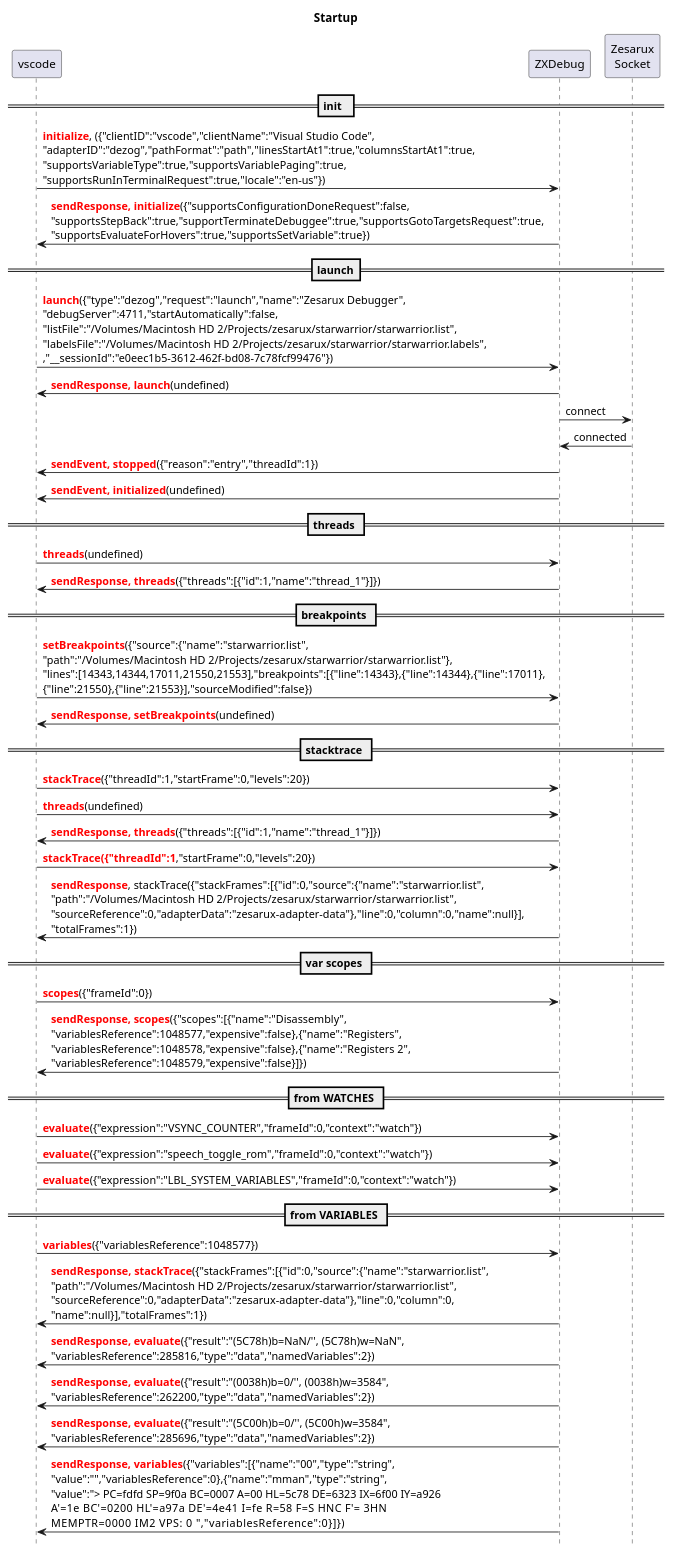
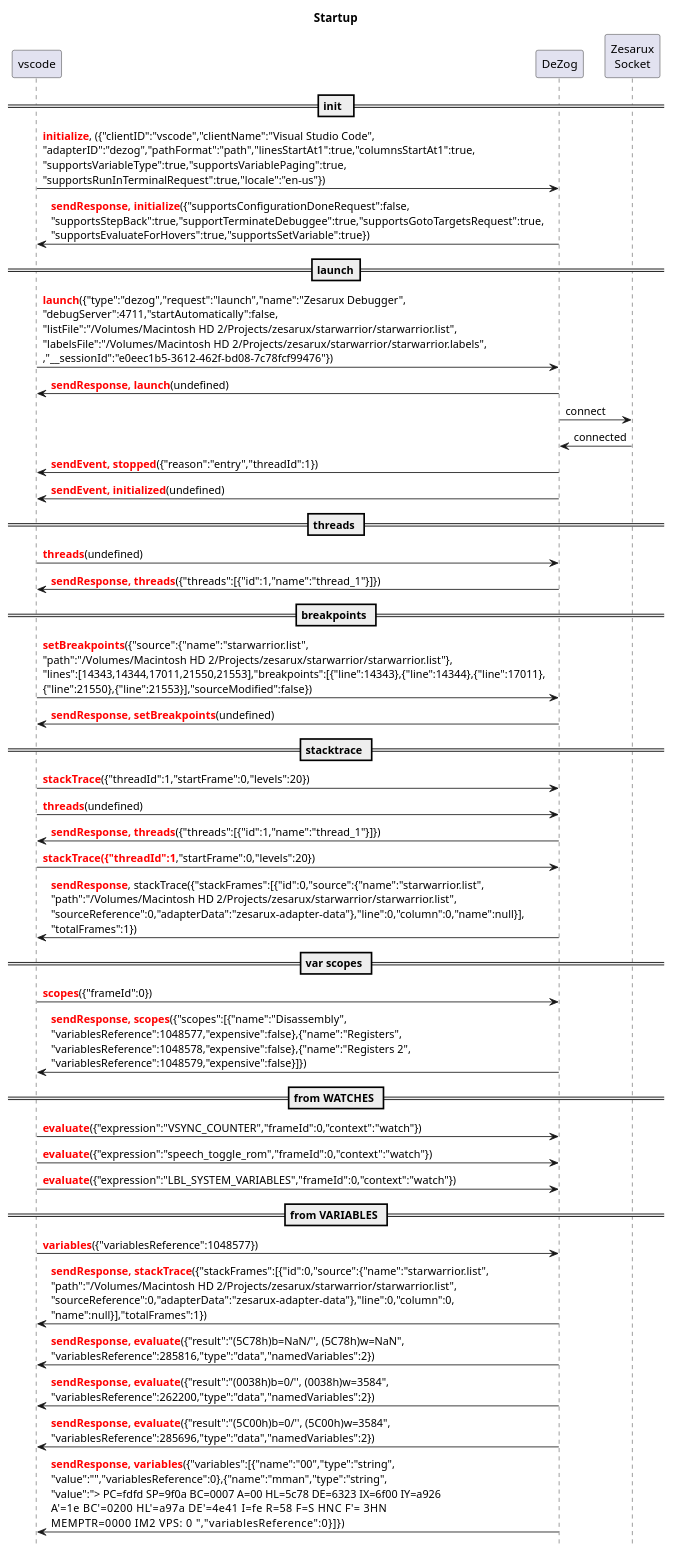
One commit to maziac/DeZog changed the diagram in design/startup.md. Above: the diagram before and after it, drawn with PlantUML. The commit also changed 4 other files, not shown here.

````diff
--- a/design/startup.md
+++ b/design/startup.md
@@ -7,59 +7,59 @@
 ```puml
 title Startup
 
 hide footbox
 
 
 participant vscode
-participant ZXDebug
+participant DeZog
 participant ZXSocket as "Zesarux\nSocket"
 
 == init  ==
-vscode -> ZXDebug: <font color=red><b>initialize</b></font>, ({"clientID":"vscode","clientName":"Visual Studio Code",\n"adapterID":"dezog","pathFormat":"path","linesStartAt1":true,"columnsStartAt1":true,\n"supportsVariableType":true,"supportsVariablePaging":true,\n"supportsRunInTerminalRequest":true,"locale":"en-us"})
-vscode <- ZXDebug: <font color=red><b>sendResponse, initialize</b></font>({"supportsConfigurationDoneRequest":false,\n"supportsStepBack":true,"supportTerminateDebuggee":true,"supportsGotoTargetsRequest":true,\n"supportsEvaluateForHovers":true,"supportsSetVariable":true})
+vscode -> DeZog: <font color=red><b>initialize</b></font>, ({"clientID":"vscode","clientName":"Visual Studio Code",\n"adapterID":"dezog","pathFormat":"path","linesStartAt1":true,"columnsStartAt1":true,\n"supportsVariableType":true,"supportsVariablePaging":true,\n"supportsRunInTerminalRequest":true,"locale":"en-us"})
+vscode <- DeZog: <font color=red><b>sendResponse, initialize</b></font>({"supportsConfigurationDoneRequest":false,\n"supportsStepBack":true,"supportTerminateDebuggee":true,"supportsGotoTargetsRequest":true,\n"supportsEvaluateForHovers":true,"supportsSetVariable":true})
 
 
 == launch==
-vscode -> ZXDebug: <font color=red><b>launch</b></font>({"type":"dezog","request":"launch","name":"Zesarux Debugger",\n"debugServer":4711,"startAutomatically":false,\n"listFile":"/Volumes/Macintosh HD 2/Projects/zesarux/starwarrior/starwarrior.list",\n"labelsFile":"/Volumes/Macintosh HD 2/Projects/zesarux/starwarrior/starwarrior.labels",\n,"__sessionId":"e0eec1b5-3612-462f-bd08-7c78fcf99476"})
-vscode <- ZXDebug: <font color=red><b>sendResponse, launch</b></font>(undefined)
-ZXSocket <- ZXDebug: connect
-ZXSocket -> ZXDebug: connected
-vscode <- ZXDebug: <font color=red><b>sendEvent, stopped</b></font>({"reason":"entry","threadId":1})
+vscode -> DeZog: <font color=red><b>launch</b></font>({"type":"dezog","request":"launch","name":"Zesarux Debugger",\n"debugServer":4711,"startAutomatically":false,\n"listFile":"/Volumes/Macintosh HD 2/Projects/zesarux/starwarrior/starwarrior.list",\n"labelsFile":"/Volumes/Macintosh HD 2/Projects/zesarux/starwarrior/starwarrior.labels",\n,"__sessionId":"e0eec1b5-3612-462f-bd08-7c78fcf99476"})
+vscode <- DeZog: <font color=red><b>sendResponse, launch</b></font>(undefined)
+ZXSocket <- DeZog: connect
+ZXSocket -> DeZog: connected
+vscode <- DeZog: <font color=red><b>sendEvent, stopped</b></font>({"reason":"entry","threadId":1})
 
-vscode <- ZXDebug: <font color=red><b>sendEvent, initialized</b></font>(undefined)
+vscode <- DeZog: <font color=red><b>sendEvent, initialized</b></font>(undefined)
 
 == threads ==
-vscode -> ZXDebug: <font color=red><b>threads</b></font>(undefined)
-vscode <- ZXDebug: <font color=red><b>sendResponse, threads</b></font>({"threads":[{"id":1,"name":"thread_1"}]})
+vscode -> DeZog: <font color=red><b>threads</b></font>(undefined)
+vscode <- DeZog: <font color=red><b>sendResponse, threads</b></font>({"threads":[{"id":1,"name":"thread_1"}]})
 
 == breakpoints ==
-vscode -> ZXDebug: <font color=red><b>setBreakpoints</b></font>({"source":{"name":"starwarrior.list",\n"path":"/Volumes/Macintosh HD 2/Projects/zesarux/starwarrior/starwarrior.list"},\n"lines":[14343,14344,17011,21550,21553],"breakpoints":[{"line":14343},{"line":14344},{"line":17011},\n{"line":21550},{"line":21553}],"sourceModified":false})
-vscode <- ZXDebug: <font color=red><b>sendResponse, setBreakpoints</b></font>(undefined)
+vscode -> DeZog: <font color=red><b>setBreakpoints</b></font>({"source":{"name":"starwarrior.list",\n"path":"/Volumes/Macintosh HD 2/Projects/zesarux/starwarrior/starwarrior.list"},\n"lines":[14343,14344,17011,21550,21553],"breakpoints":[{"line":14343},{"line":14344},{"line":17011},\n{"line":21550},{"line":21553}],"sourceModified":false})
+vscode <- DeZog: <font color=red><b>sendResponse, setBreakpoints</b></font>(undefined)
 
 == stacktrace ==
-vscode -> ZXDebug: <font color=red><b>stackTrace</b></font>({"threadId":1,"startFrame":0,"levels":20})
-vscode -> ZXDebug: <font color=red><b>threads</b></font>(undefined)
-vscode <- ZXDebug: <font color=red><b>sendResponse, threads</b></font>({"threads":[{"id":1,"name":"thread_1"}]})
-vscode -> ZXDebug: <font color=red><b>stackTrace({"threadId":1</b></font>,"startFrame":0,"levels":20})
-vscode <- ZXDebug: <font color=red><b>sendResponse</b></font>, stackTrace({"stackFrames":[{"id":0,"source":{"name":"starwarrior.list",\n"path":"/Volumes/Macintosh HD 2/Projects/zesarux/starwarrior/starwarrior.list",\n"sourceReference":0,"adapterData":"zesarux-adapter-data"},"line":0,"column":0,"name":null}],\n"totalFrames":1})
+vscode -> DeZog: <font color=red><b>stackTrace</b></font>({"threadId":1,"startFrame":0,"levels":20})
+vscode -> DeZog: <font color=red><b>threads</b></font>(undefined)
+vscode <- DeZog: <font color=red><b>sendResponse, threads</b></font>({"threads":[{"id":1,"name":"thread_1"}]})
+vscode -> DeZog: <font color=red><b>stackTrace({"threadId":1</b></font>,"startFrame":0,"levels":20})
+vscode <- DeZog: <font color=red><b>sendResponse</b></font>, stackTrace({"stackFrames":[{"id":0,"source":{"name":"starwarrior.list",\n"path":"/Volumes/Macintosh HD 2/Projects/zesarux/starwarrior/starwarrior.list",\n"sourceReference":0,"adapterData":"zesarux-adapter-data"},"line":0,"column":0,"name":null}],\n"totalFrames":1})
 
 == var scopes ==
-vscode -> ZXDebug: <font color=red><b>scopes</b></font>({"frameId":0})
-vscode <- ZXDebug: <font color=red><b>sendResponse, scopes</b></font>({"scopes":[{"name":"Disassembly",\n"variablesReference":1048577,"expensive":false},{"name":"Registers",\n"variablesReference":1048578,"expensive":false},{"name":"Registers 2",\n"variablesReference":1048579,"expensive":false}]})
+vscode -> DeZog: <font color=red><b>scopes</b></font>({"frameId":0})
+vscode <- DeZog: <font color=red><b>sendResponse, scopes</b></font>({"scopes":[{"name":"Disassembly",\n"variablesReference":1048577,"expensive":false},{"name":"Registers",\n"variablesReference":1048578,"expensive":false},{"name":"Registers 2",\n"variablesReference":1048579,"expensive":false}]})
 
 == from WATCHES ==
-vscode -> ZXDebug: <font color=red><b>evaluate</b></font>({"expression":"VSYNC_COUNTER","frameId":0,"context":"watch"})
-vscode -> ZXDebug: <font color=red><b>evaluate</b></font>({"expression":"speech_toggle_rom","frameId":0,"context":"watch"})
-vscode -> ZXDebug: <font color=red><b>evaluate</b></font>({"expression":"LBL_SYSTEM_VARIABLES","frameId":0,"context":"watch"})
+vscode -> DeZog: <font color=red><b>evaluate</b></font>({"expression":"VSYNC_COUNTER","frameId":0,"context":"watch"})
+vscode -> DeZog: <font color=red><b>evaluate</b></font>({"expression":"speech_toggle_rom","frameId":0,"context":"watch"})
+vscode -> DeZog: <font color=red><b>evaluate</b></font>({"expression":"LBL_SYSTEM_VARIABLES","frameId":0,"context":"watch"})
 
 == from VARIABLES ==
-vscode -> ZXDebug: <font color=red><b>variables</b></font>({"variablesReference":1048577})
+vscode -> DeZog: <font color=red><b>variables</b></font>({"variablesReference":1048577})
 
-vscode <- ZXDebug: <font color=red><b>sendResponse, stackTrace</b></font>({"stackFrames":[{"id":0,"source":{"name":"starwarrior.list",\n"path":"/Volumes/Macintosh HD 2/Projects/zesarux/starwarrior/starwarrior.list",\n"sourceReference":0,"adapterData":"zesarux-adapter-data"},"line":0,"column":0,\n"name":null}],"totalFrames":1})
+vscode <- DeZog: <font color=red><b>sendResponse, stackTrace</b></font>({"stackFrames":[{"id":0,"source":{"name":"starwarrior.list",\n"path":"/Volumes/Macintosh HD 2/Projects/zesarux/starwarrior/starwarrior.list",\n"sourceReference":0,"adapterData":"zesarux-adapter-data"},"line":0,"column":0,\n"name":null}],"totalFrames":1})
 
-vscode <- ZXDebug: <font color=red><b>sendResponse, evaluate</b></font>({"result":"(5C78h)b=NaN/'', (5C78h)w=NaN",\n"variablesReference":285816,"type":"data","namedVariables":2})
-vscode <- ZXDebug: <font color=red><b>sendResponse, evaluate</b></font>({"result":"(0038h)b=0/'', (0038h)w=3584",\n"variablesReference":262200,"type":"data","namedVariables":2})
-vscode <- ZXDebug: <font color=red><b>sendResponse, evaluate</b></font>({"result":"(5C00h)b=0/'', (5C00h)w=3584",\n"variablesReference":285696,"type":"data","namedVariables":2})
-vscode <- ZXDebug: <font color=red><b>sendResponse, variables</b></font>({"variables":[{"name":"00","type":"string",\n"value":"","variablesReference":0},{"name":"mman","type":"string",\n"value":"> PC=fdfd SP=9f0a BC=0007 A=00 HL=5c78 DE=6323 IX=6f00 IY=a926\nA'=1e BC'=0200 HL'=a97a DE'=4e41 I=fe R=58  F=S    HNC F'=    3HN  \nMEMPTR=0000 IM2         VPS: 0 ","variablesReference":0}]})
+vscode <- DeZog: <font color=red><b>sendResponse, evaluate</b></font>({"result":"(5C78h)b=NaN/'', (5C78h)w=NaN",\n"variablesReference":285816,"type":"data","namedVariables":2})
+vscode <- DeZog: <font color=red><b>sendResponse, evaluate</b></font>({"result":"(0038h)b=0/'', (0038h)w=3584",\n"variablesReference":262200,"type":"data","namedVariables":2})
+vscode <- DeZog: <font color=red><b>sendResponse, evaluate</b></font>({"result":"(5C00h)b=0/'', (5C00h)w=3584",\n"variablesReference":285696,"type":"data","namedVariables":2})
+vscode <- DeZog: <font color=red><b>sendResponse, variables</b></font>({"variables":[{"name":"00","type":"string",\n"value":"","variablesReference":0},{"name":"mman","type":"string",\n"value":"> PC=fdfd SP=9f0a BC=0007 A=00 HL=5c78 DE=6323 IX=6f00 IY=a926\nA'=1e BC'=0200 HL'=a97a DE'=4e41 I=fe R=58  F=S    HNC F'=    3HN  \nMEMPTR=0000 IM2         VPS: 0 ","variablesReference":0}]})
 
 ```
````
